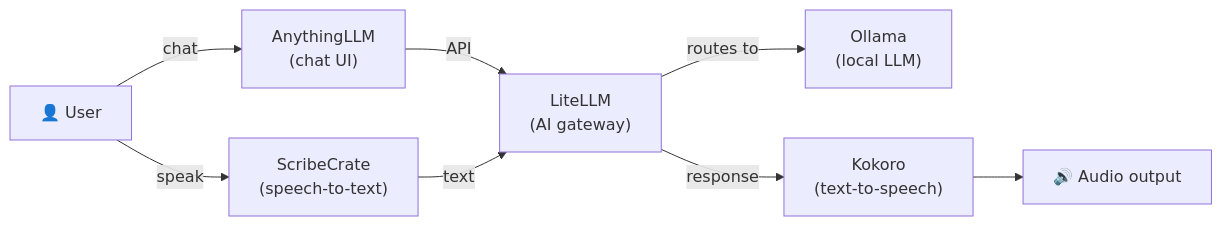
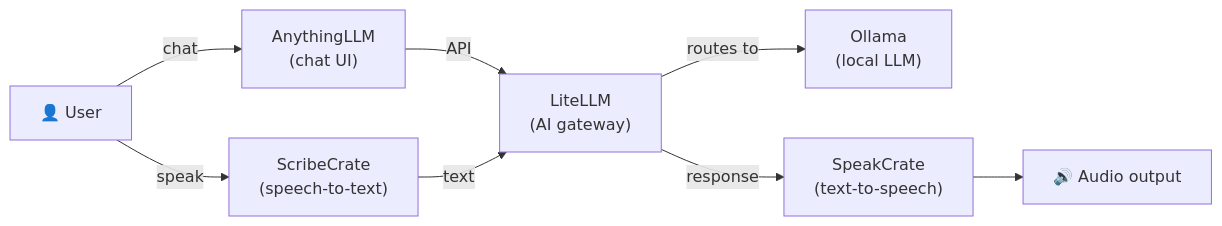
The diagram in stacks/voice-chat/README.md (hwdsl2/self-hosted-ai-stack), drawn with Mermaid before and after one commit. The commit also changed other lines of this file and 26 other files, not shown here.

````diff
--- a/stacks/voice-chat/README.md
+++ b/stacks/voice-chat/README.md
@@ -17,10 +17,10 @@
 ```mermaid
 graph LR
     U["👤 User"] -->|chat| A["AnythingLLM<br/>(chat UI)"]
     U -->|speak| W["ScribeCrate<br/>(speech-to-text)"]
     A -->|API| L["LiteLLM<br/>(AI gateway)"]
     L -->|routes to| O["Ollama<br/>(local LLM)"]
-    L -->|response| K["Kokoro<br/>(text-to-speech)"]
+    L -->|response| K["SpeakCrate<br/>(text-to-speech)"]
     K --> S["🔊 Audio output"]
     W -->|text| L
 ```
````
